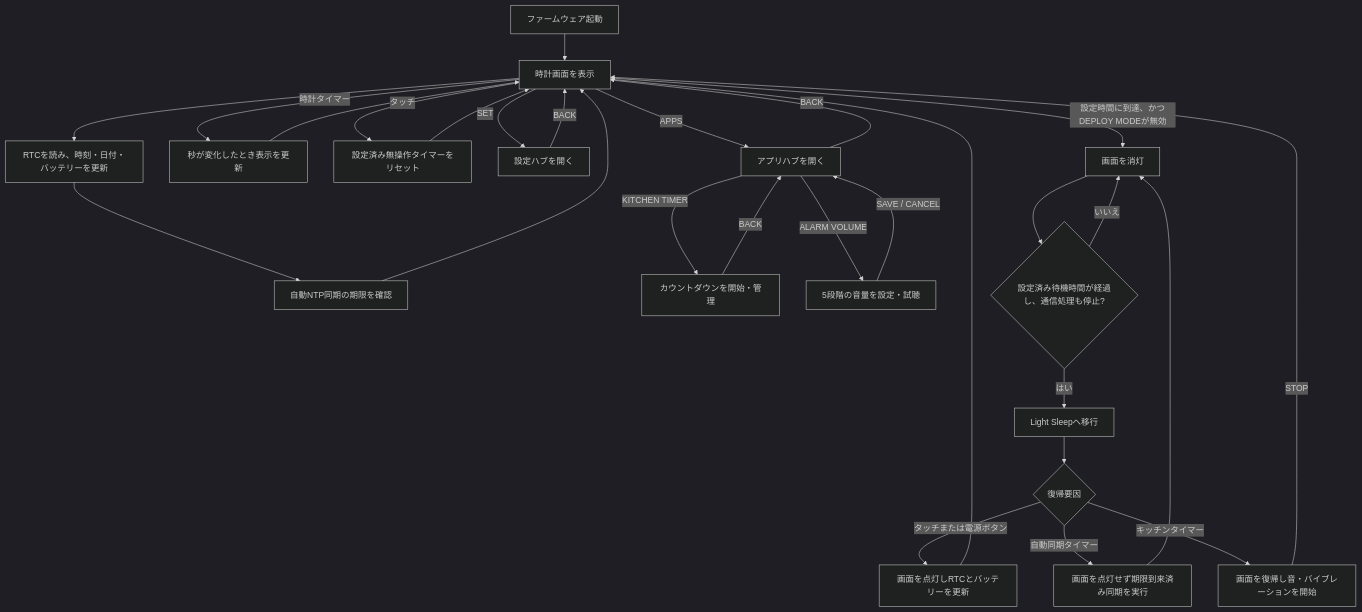
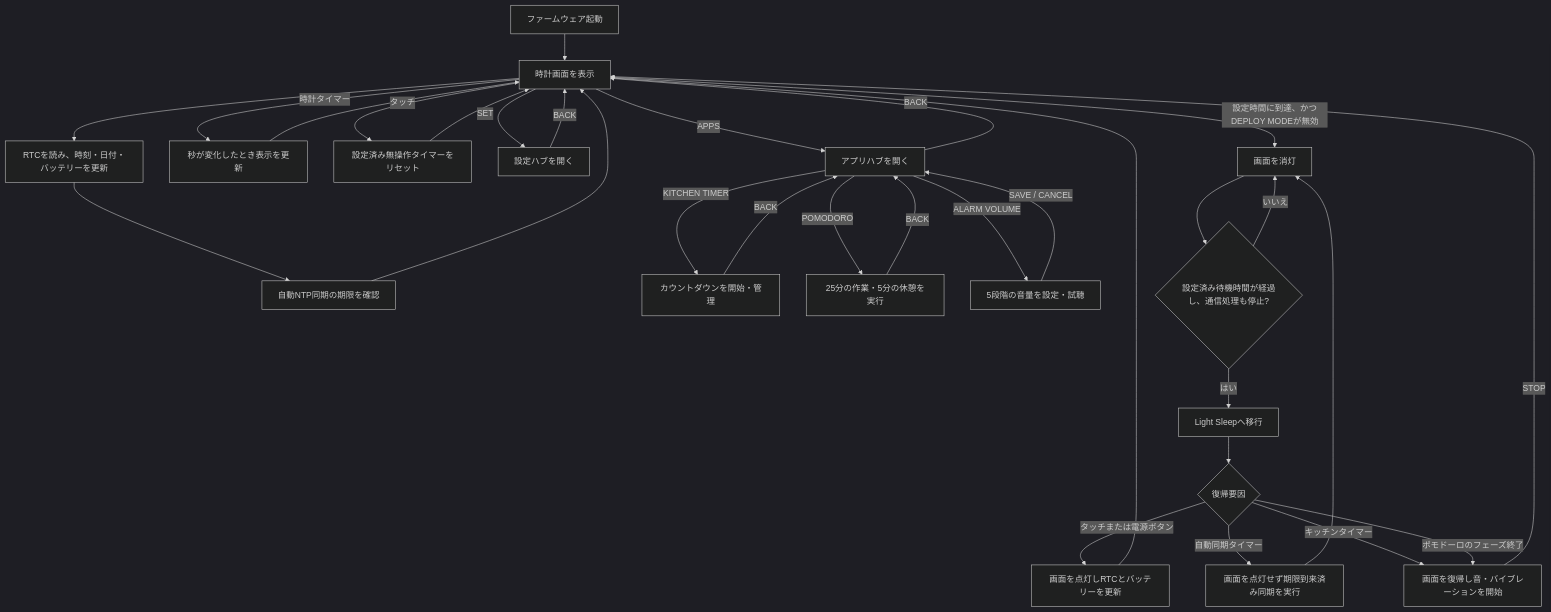
One commit to keach/LilyGoLib-PlatformIO changed the fourth of 6 diagrams in README.md. Above: the diagram before and after it, drawn with Mermaid (dark theme). The commit also changed other lines of this file and 12 other files, not shown here.

````diff
--- a/README.md
+++ b/README.md
@@ -568,32 +576,35 @@
 ```mermaid
 flowchart TD
     BOOT["ファームウェア起動"] --> CLOCK["時計画面を表示"]
     CLOCK --> REFRESH["RTCを読み、時刻・日付・バッテリーを更新"]
     REFRESH --> DUE["自動NTP同期の期限を確認"]
     DUE --> CLOCK
 
     CLOCK -- "時計タイマー" --> TICK["秒が変化したとき表示を更新"]
     TICK --> CLOCK
     CLOCK -- "タッチ" --> ACTIVE["設定済み無操作タイマーをリセット"]
     ACTIVE --> CLOCK
     CLOCK -- "SET" --> HUB["設定ハブを開く"]
     HUB -- "BACK" --> CLOCK
     CLOCK -- "APPS" --> APPS["アプリハブを開く"]
     APPS -- "KITCHEN TIMER" --> TIMER["カウントダウンを開始・管理"]
+    APPS -- "POMODORO" --> POMO["25分の作業・5分の休憩を実行"]
     APPS -- "ALARM VOLUME" --> AV["5段階の音量を設定・試聴"]
     AV -- "SAVE / CANCEL" --> APPS
     TIMER -- "BACK" --> APPS
+    POMO -- "BACK" --> APPS
     APPS -- "BACK" --> CLOCK
 
     CLOCK -- "設定時間に到達、かつDEPLOY MODEが無効" --> OFF["画面を消灯"]
     OFF --> READY{"設定済み待機時間が経過し、通信処理も停止?"}
     READY -- "いいえ" --> OFF
     READY -- "はい" --> SLEEP["Light Sleepへ移行"]
     SLEEP --> WAKE{"復帰要因"}
     WAKE -- "タッチまたは電源ボタン" --> RESTORE["画面を点灯しRTCとバッテリーを更新"]
     RESTORE --> CLOCK
     WAKE -- "自動同期タイマー" --> BG["画面を点灯せず期限到来済み同期を実行"]
     BG --> OFF
     WAKE -- "キッチンタイマー" --> ALERT["画面を復帰し音・バイブレーションを開始"]
+    WAKE -- "ポモドーロのフェーズ終了" --> ALERT
     ALERT -- "STOP" --> CLOCK
 ```
````
